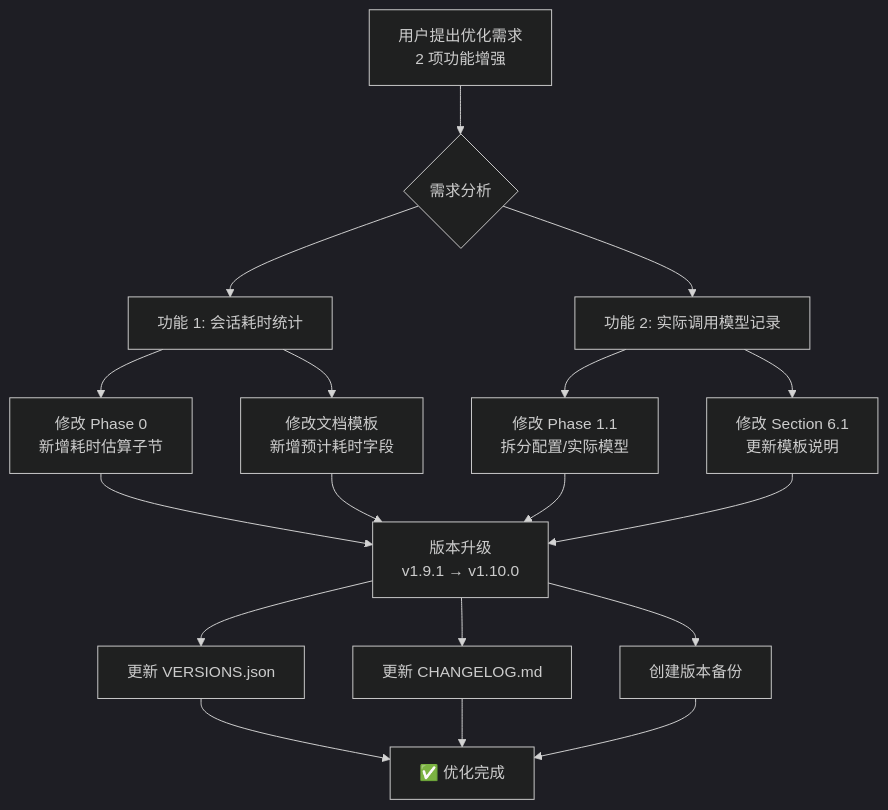
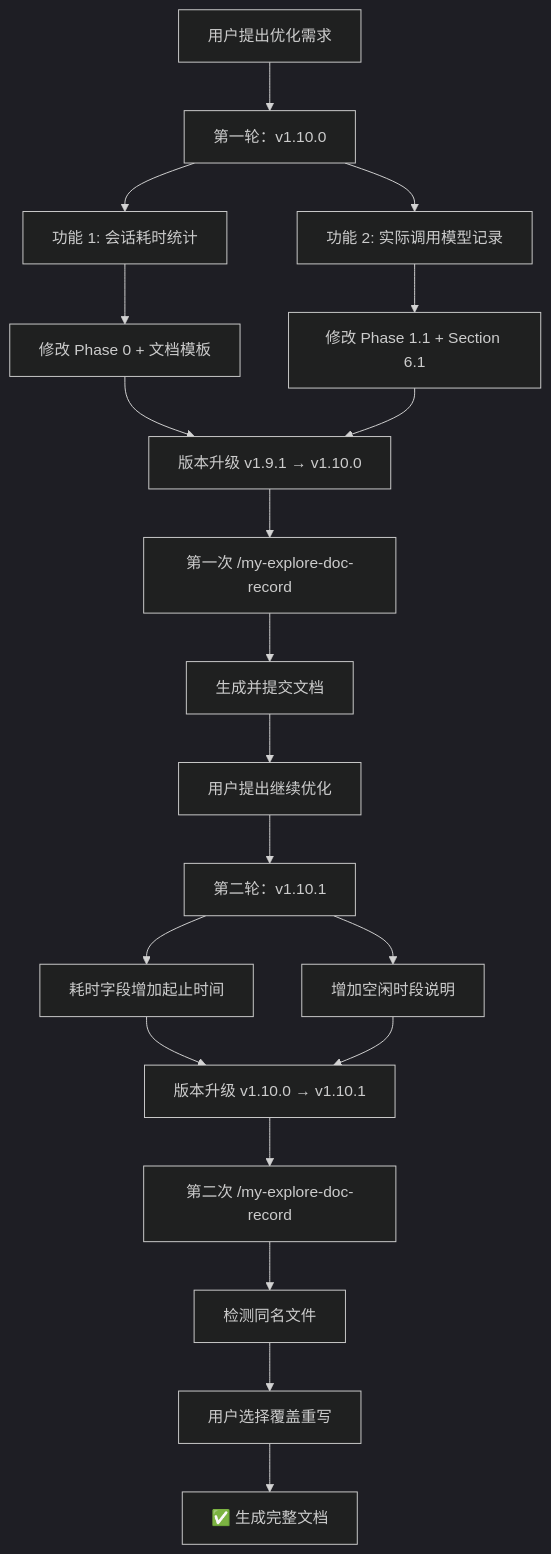
One commit to chujun/aiubuntu1-sh changed the fifth of 7 diagrams in doc/ai-explore/2026-04-13-my-explore-doc-record技能优化实践探索之旅.md. Above: the diagram before and after it, drawn with Mermaid (dark theme). The commit also changed other lines of this file, not shown here.

Commit message:
docs: 更新 AI 探索文档 - my-explore-doc-record技能优化实践探索之旅（v1.10.0+v1.10.1 合并）

````diff
--- a/doc/ai-explore/2026-04-13-my-explore-doc-record技能优化实践探索之旅.md
+++ b/doc/ai-explore/2026-04-13-my-explore-doc-record技能优化实践探索之旅.md
@@ -209,20 +231,22 @@
 ```mermaid
 flowchart TD
-    A["用户提出优化需求<br/>2 项功能增强"] --> B{"需求分析"}
+    A["用户提出优化需求"] --> B["第一轮：v1.10.0"]
     B --> C["功能 1: 会话耗时统计"]
     B --> D["功能 2: 实际调用模型记录"]
-    C --> E["修改 Phase 0<br/>新增耗时估算子节"]
-    C --> F["修改文档模板<br/>新增预计耗时字段"]
-    D --> G["修改 Phase 1.1<br/>拆分配置/实际模型"]
-    D --> H["修改 Section 6.1<br/>更新模板说明"]
-    E --> I["版本升级<br/>v1.9.1 → v1.10.0"]
-    F --> I
-    G --> I
-    H --> I
-    I --> J["更新 VERSIONS.json"]
-    I --> K["更新 CHANGELOG.md"]
-    I --> L["创建版本备份"]
-    J --> M["✅ 优化完成"]
-    K --> M
-    L --> M
+    C --> E["修改 Phase 0 + 文档模板"]
+    D --> F["修改 Phase 1.1 + Section 6.1"]
+    E --> G["版本升级 v1.9.1 → v1.10.0"]
+    F --> G
+    G --> H["第一次 /my-explore-doc-record"]
+    H --> I["生成并提交文档"]
+    I --> J["用户提出继续优化"]
+    J --> K["第二轮：v1.10.1"]
+    K --> L["耗时字段增加起止时间"]
+    K --> M["增加空闲时段说明"]
+    L --> N["版本升级 v1.10.0 → v1.10.1"]
+    M --> N
+    N --> O["第二次 /my-explore-doc-record"]
+    O --> P["检测同名文件"]
+    P --> Q["用户选择覆盖重写"]
+    Q --> R["✅ 生成完整文档"]
 ```
````
